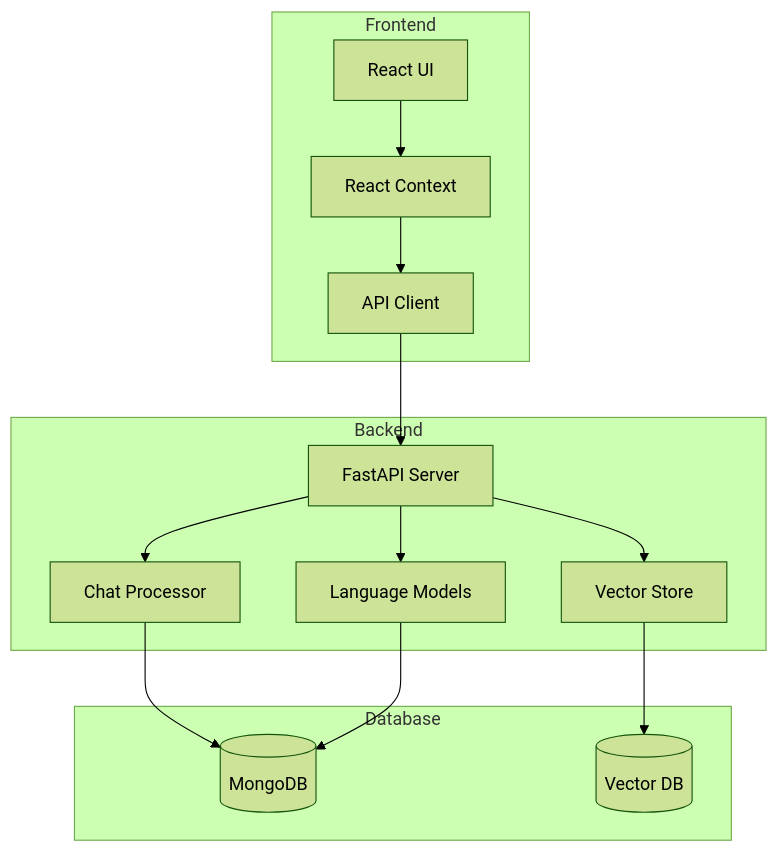
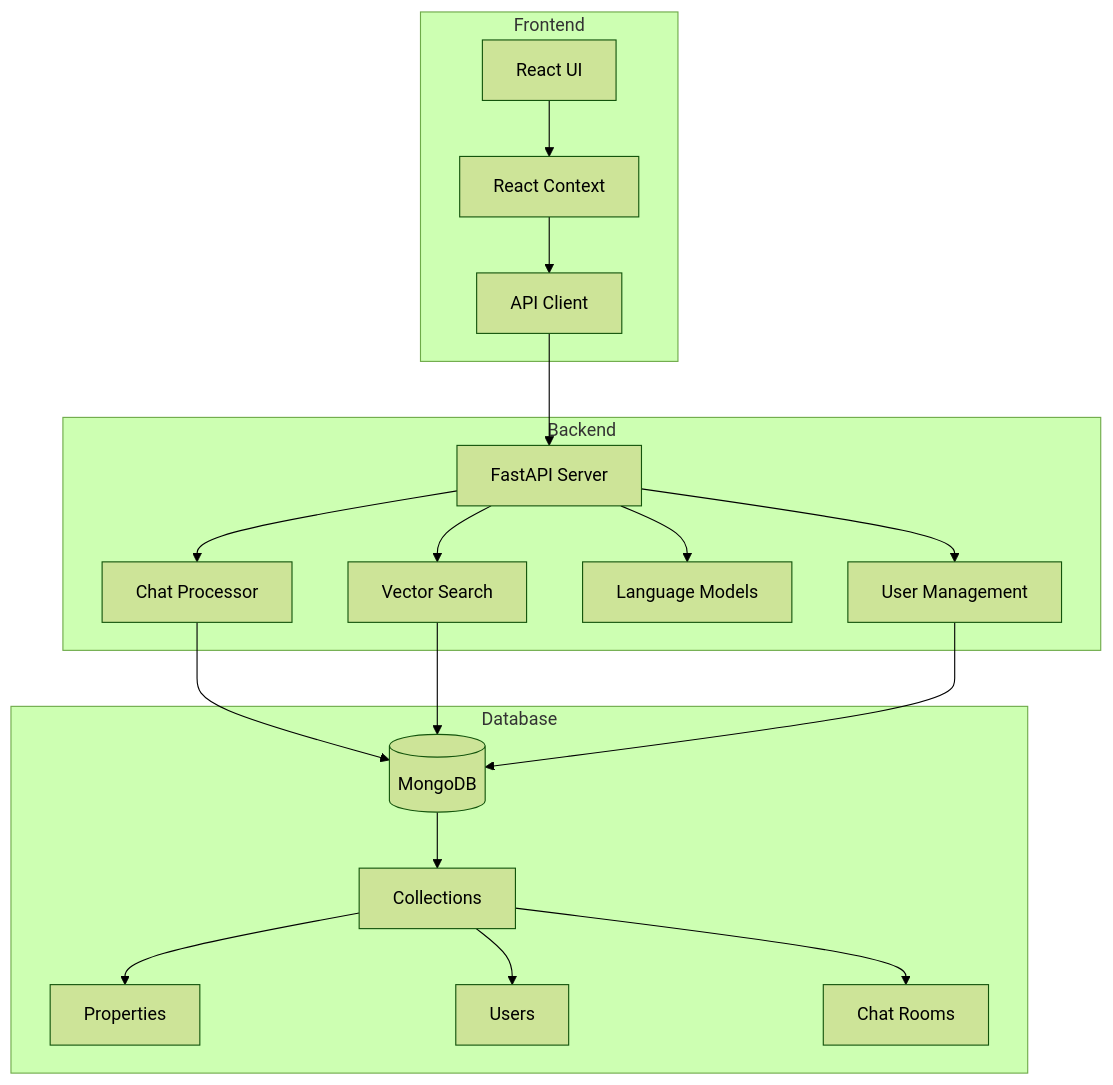
The first of 20 diagrams in docs/diagrams.md (Phattarapong26/PowerAiChat_LLM), drawn with Mermaid (forest theme) before and after one commit. The commit also changed other lines of this file, not shown here.

````diff
--- a/docs/diagrams.md
+++ b/docs/diagrams.md
@@ -4,30 +4,39 @@
 ```mermaid
 graph TB
     subgraph Frontend
         UI[React UI]
         State[React Context]
         API[API Client]
     end
 
     subgraph Backend
         FastAPI[FastAPI Server]
         Chat[Chat Processor]
-        Vector[Vector Store]
+        Vector[Vector Search]
         Lang[Language Models]
+        User[User Management]
     end
 
     subgraph Database
         MongoDB[(MongoDB)]
-        VectorDB[(Vector DB)]
+        Collections[Collections]
+        Properties[Properties]
+        Users[Users]
+        ChatRooms[Chat Rooms]
     end
 
     UI --> State
     State --> API
     API --> FastAPI
     FastAPI --> Chat
     FastAPI --> Vector
     FastAPI --> Lang
+    FastAPI --> User
     Chat --> MongoDB
-    Vector --> VectorDB
-    Lang --> MongoDB
+    Vector --> MongoDB
+    User --> MongoDB
+    MongoDB --> Collections
+    Collections --> Properties
+    Collections --> Users
+    Collections --> ChatRooms
 ```
````
